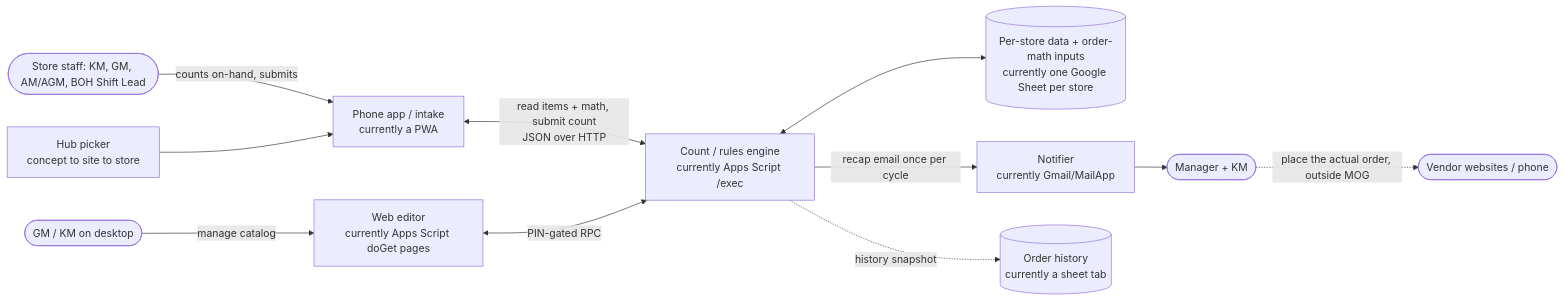
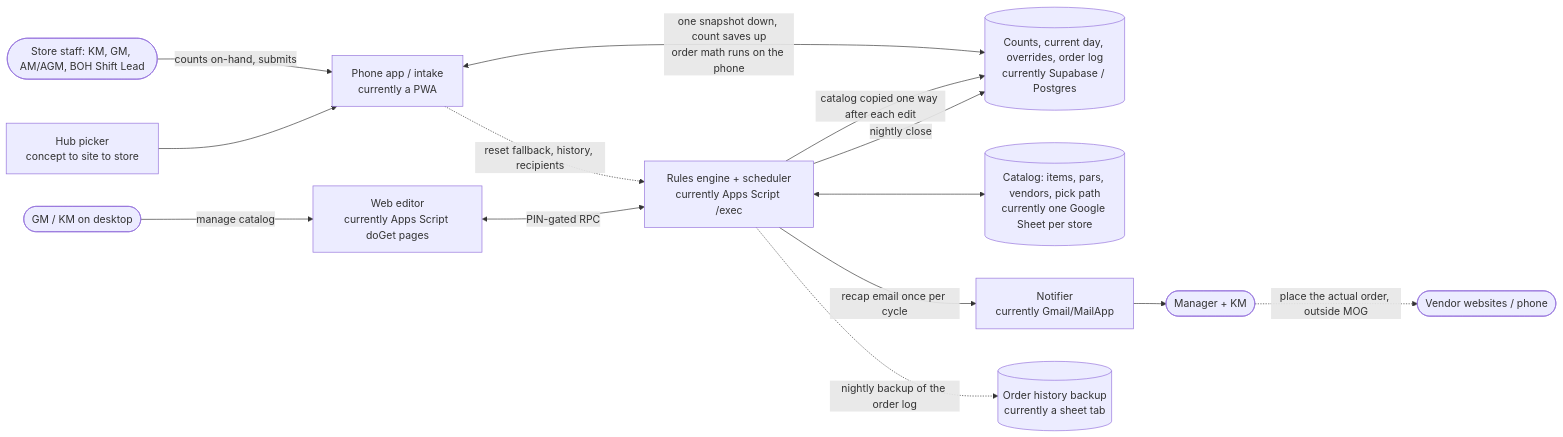
The diagram in docs/MOG_LogicBlueprint.md (SebHEH/mog-mobile), drawn with Mermaid before and after one commit. The commit also changed other lines of this file and 6 other files, not shown here.

````diff
--- a/docs/MOG_LogicBlueprint.md
+++ b/docs/MOG_LogicBlueprint.md
@@ -141,16 +142,19 @@
 ```mermaid
 flowchart LR
   USER([Store staff: KM, GM, AM/AGM, BOH Shift Lead]) -->|counts on-hand, submits| PWA[Phone app / intake<br/>currently a PWA]
   ADMIN([GM / KM on desktop]) -->|manage catalog| ED[Web editor<br/>currently Apps Script doGet pages]
   HUB[Hub picker<br/>concept to site to store] --> PWA
 
-  PWA <-->|read items + math, submit count<br/>JSON over HTTP| API[Count / rules engine<br/>currently Apps Script /exec]
+  PWA <-->|one snapshot down, count saves up<br/>order math runs on the phone| DB[(Counts, current day, overrides, order log<br/>currently Supabase / Postgres)]
+  PWA -.->|reset fallback, history, recipients| API[Rules engine + scheduler<br/>currently Apps Script /exec]
   ED <-->|PIN-gated RPC| API
 
-  API <--> STORE[(Per-store data + order-math inputs<br/>currently one Google Sheet per store)]
+  API <--> STORE[(Catalog: items, pars, vendors, pick path<br/>currently one Google Sheet per store)]
+  API -->|catalog copied one way after each edit| DB
+  API -->|nightly close| DB
   API -->|recap email once per cycle| MAIL[Notifier<br/>currently Gmail/MailApp]
   MAIL --> RCPT([Manager + KM])
   RCPT -.->|place the actual order, outside MOG| VENDOR([Vendor websites / phone])
 
-  API -.->|history snapshot| LOG[(Order history<br/>currently a sheet tab)]
+  API -.->|nightly backup of the order log| LOG[(Order history backup<br/>currently a sheet tab)]
 ```
````
